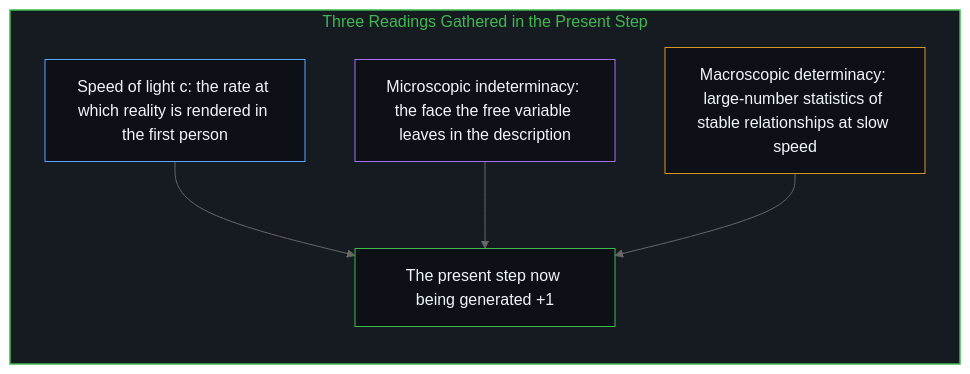
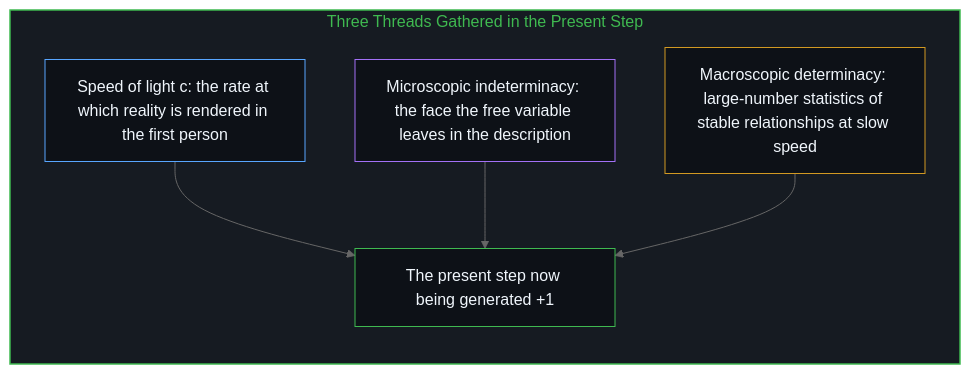
One commit to powerpig99/not-a-toe changed diagram 12 of 12 in content/posts/when-electrons-think.md. Above: the diagram before and after it, drawn with Mermaid (neutral theme). The commit also changed other lines of this file and 27 other files, not shown here.

````diff
--- a/content/posts/when-electrons-think.md
+++ b/content/posts/when-electrons-think.md
@@ -375,19 +364,18 @@
 ```mermaid
 flowchart TD
-    subgraph S_Step["Three Readings Gathered in the Present Step"]
+    subgraph S_Step["Three Threads Gathered in the Present Step"]
         direction TB
         Light["Speed of light c: the rate at which reality is rendered in the first person"]
         Micro["Microscopic indeterminacy: the face the free variable leaves in the description"]
         Macro["Macroscopic determinacy: large-number statistics of stable relationships at slow speed"]
         Now["The present step now being generated +1"]
         Light --> Now
         Micro --> Now
         Macro --> Now
     end
-
     style S_Step fill:#161b22,stroke:#3fb950,stroke-width:1.5px,color:#3fb950
     style Light fill:#0d1117,stroke:#58a6ff,stroke-width:1px,color:#f0f6fc
     style Micro fill:#0d1117,stroke:#a371f7,stroke-width:1px,color:#f0f6fc
     style Macro fill:#0d1117,stroke:#d29922,stroke-width:1px,color:#f0f6fc
     style Now fill:#0d1117,stroke:#3fb950,stroke-width:1px,color:#f0f6fc
 ```
````
